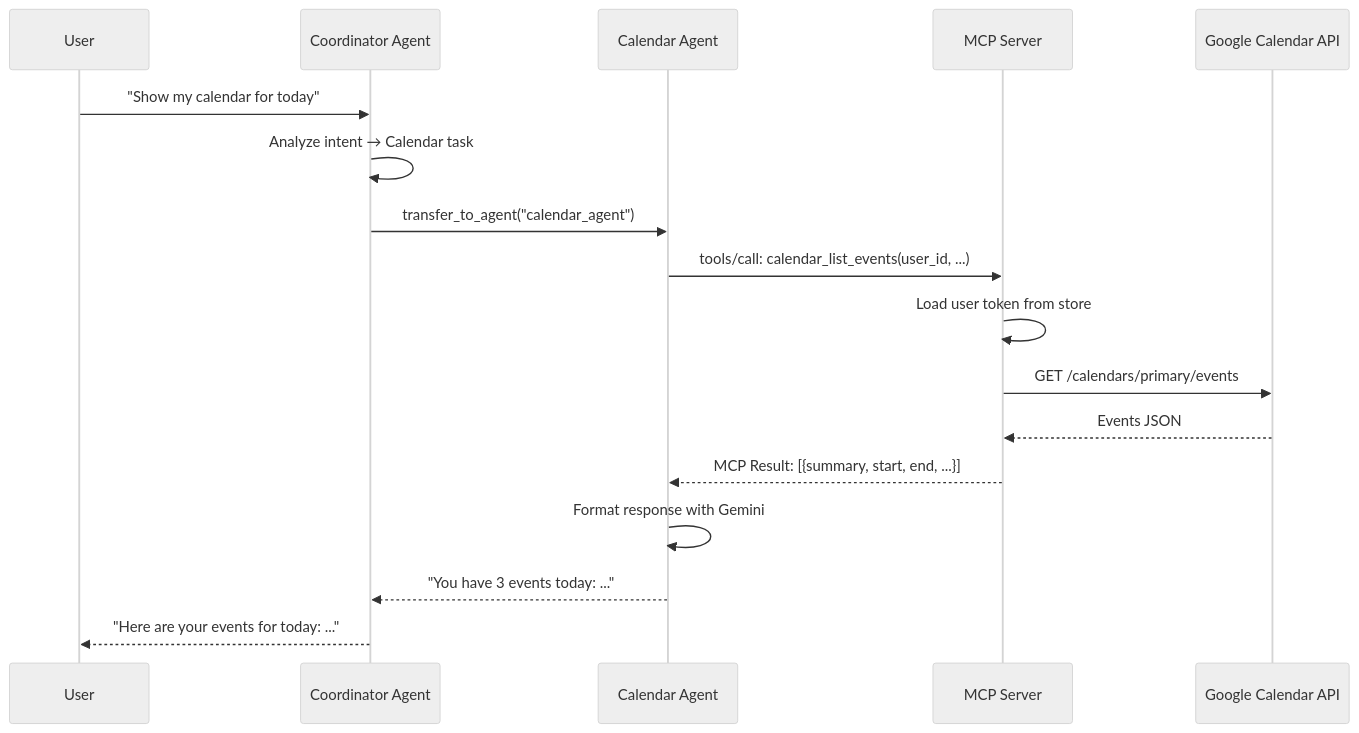
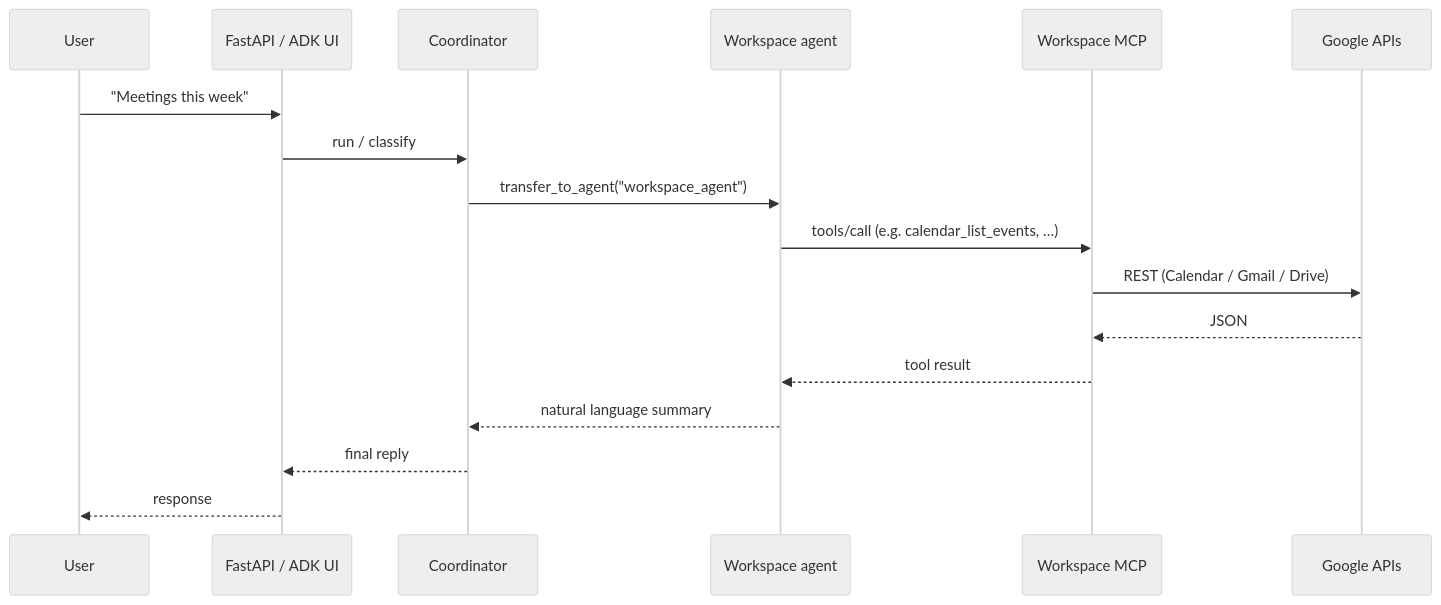
One commit to murugadossp/personal-ai-assitant changed the diagram in README.md. Above: the diagram before and after it, drawn with Mermaid (neutral theme). The commit also changed other lines of this file, not shown here.

First line of the commit message:
docs: refresh root README for coordinator + workspace agent monorepo

````diff
--- a/README.md
+++ b/README.md
@@ -95,20 +78,20 @@
 ```mermaid
 sequenceDiagram
     participant U as User
-    participant C as Coordinator Agent
-    participant CA as Calendar Agent
-    participant MCP as MCP Server
-    participant GC as Google Calendar API
+    participant API as FastAPI / ADK UI
+    participant C as Coordinator
+    participant W as Workspace agent
+    participant MCP as Workspace MCP
+    participant G as Google APIs
 
-    U->>C: "Show my calendar for today"
-    C->>C: Analyze intent → Calendar task
-    C->>CA: transfer_to_agent("calendar_agent")
-    CA->>MCP: tools/call: calendar_list_events(user_id, ...)
-    MCP->>MCP: Load user token from store
-    MCP->>GC: GET /calendars/primary/events
-    GC-->>MCP: Events JSON
-    MCP-->>CA: MCP Result: [{summary, start, end, ...}]
-    CA->>CA: Format response with Gemini
-    CA-->>C: "You have 3 events today: ..."
-    C-->>U: "Here are your events for today: ..."
+    U->>API: "Meetings this week"
+    API->>C: run / classify
+    C->>W: transfer_to_agent("workspace_agent")
+    W->>MCP: tools/call (e.g. calendar_list_events, …)
+    MCP->>G: REST (Calendar / Gmail / Drive)
+    G-->>MCP: JSON
+    MCP-->>W: tool result
+    W-->>C: natural language summary
+    C-->>API: final reply
+    API-->>U: response
 ```
````
